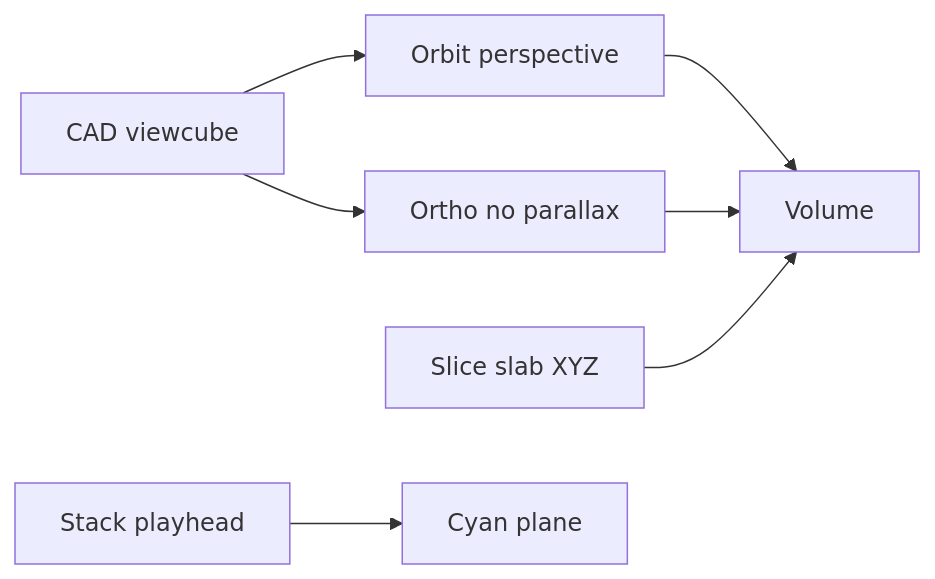
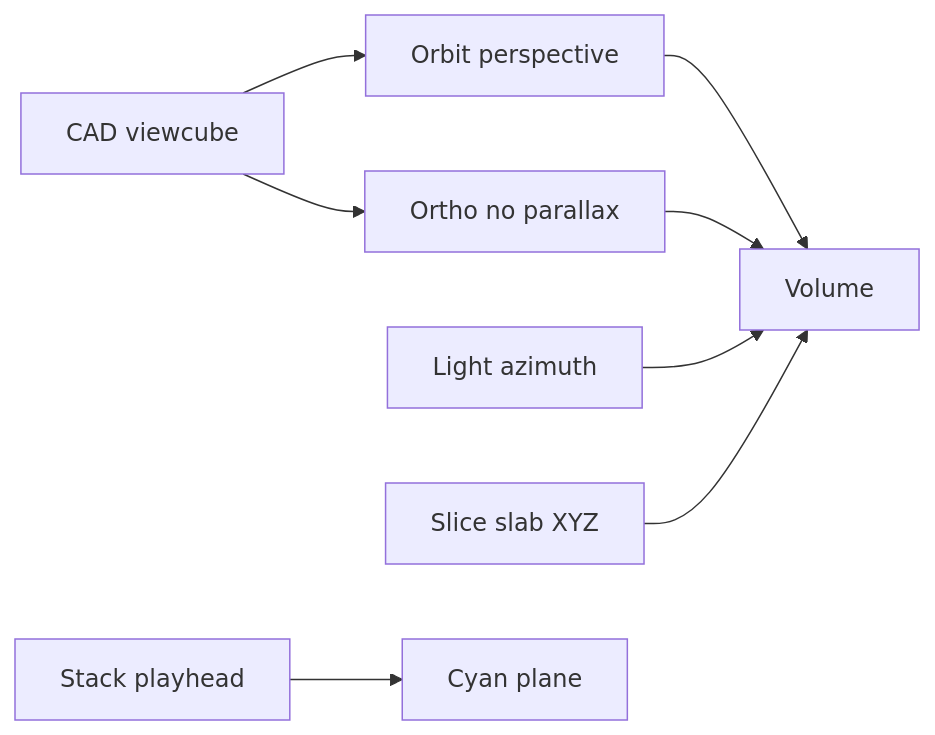
Diagram 12 of 24 in architecture.md (PiMaV/DONNER), drawn with Mermaid before and after one commit. The commit also changed other lines of this file and 15 other files, not shown here.

Commit message:
Let AR yaw the pillar on the table after place, and steer desktop shading with a light azimuth so orbit stays look-around.

````diff
--- a/architecture.md
+++ b/architecture.md
@@ -271,14 +273,16 @@
 ```mermaid
 flowchart LR
   orbit[Orbit perspective]
   ortho[Ortho no parallax]
   gizmo[CAD viewcube]
+  light[Light azimuth]
   slab[Slice slab XYZ]
   scrub[Stack playhead]
   orbit --> volume[Volume]
   ortho --> volume
   gizmo --> orbit
   gizmo --> ortho
+  light --> volume
   slab --> volume
   scrub --> plane[Cyan plane]
 ```
````
